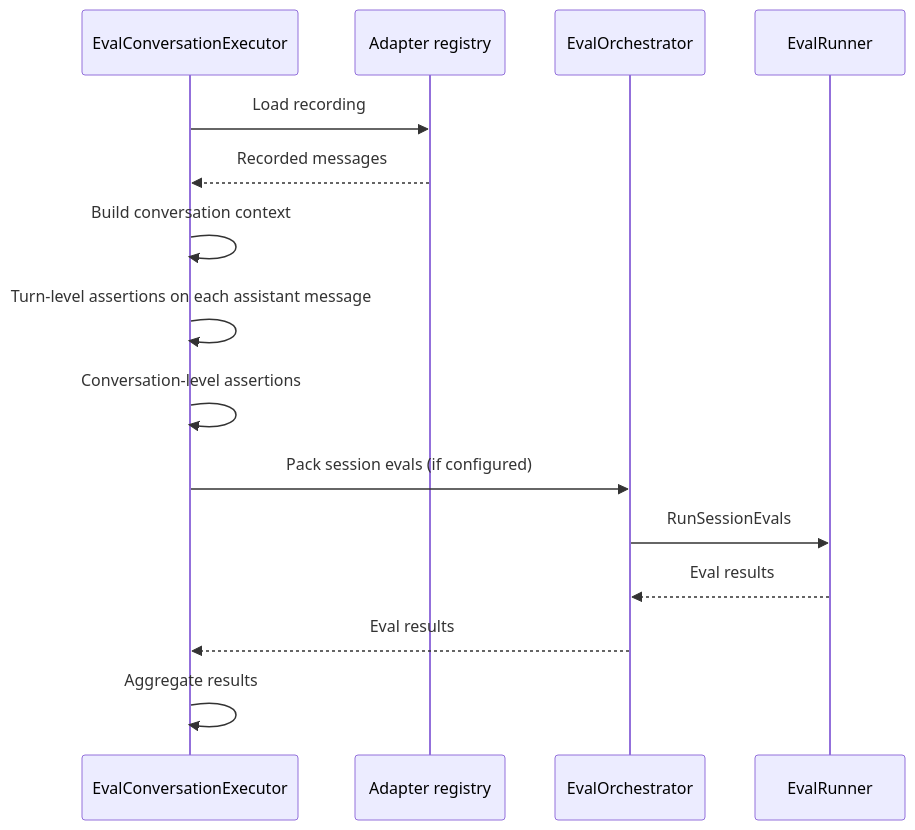
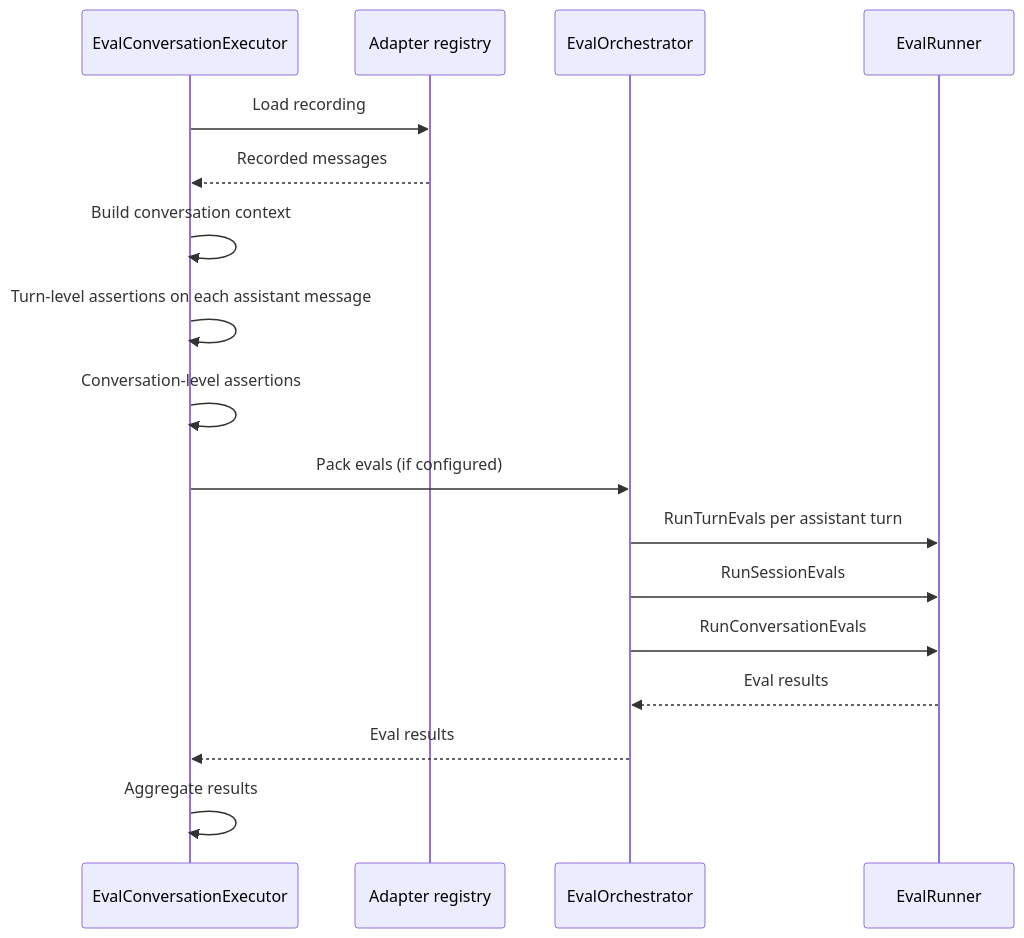
One commit to AltairaLabs/promptarena changed the third of 3 diagrams in docs/src/content/docs/arena/explanation/eval-framework.md. Above: the diagram before and after it, drawn with Mermaid. The commit also changed other lines of this file and 32 other files, not shown here.

First line of the commit message:
fix(engine): run turn and conversation pack evals; fix eval and config gaps

````diff
--- a/docs/src/content/docs/arena/explanation/eval-framework.md
+++ b/docs/src/content/docs/arena/explanation/eval-framework.md
@@ -141,17 +143,19 @@
 ```mermaid
 sequenceDiagram
     participant E as EvalConversationExecutor
     participant A as Adapter registry
     participant O as EvalOrchestrator
     participant R as EvalRunner
     E->>A: Load recording
     A-->>E: Recorded messages
     E->>E: Build conversation context
     E->>E: Turn-level assertions on each assistant message
     E->>E: Conversation-level assertions
-    E->>O: Pack session evals (if configured)
+    E->>O: Pack evals (if configured)
+    O->>R: RunTurnEvals per assistant turn
     O->>R: RunSessionEvals
+    O->>R: RunConversationEvals
     R-->>O: Eval results
     O-->>E: Eval results
     E->>E: Aggregate results
 ```
````
